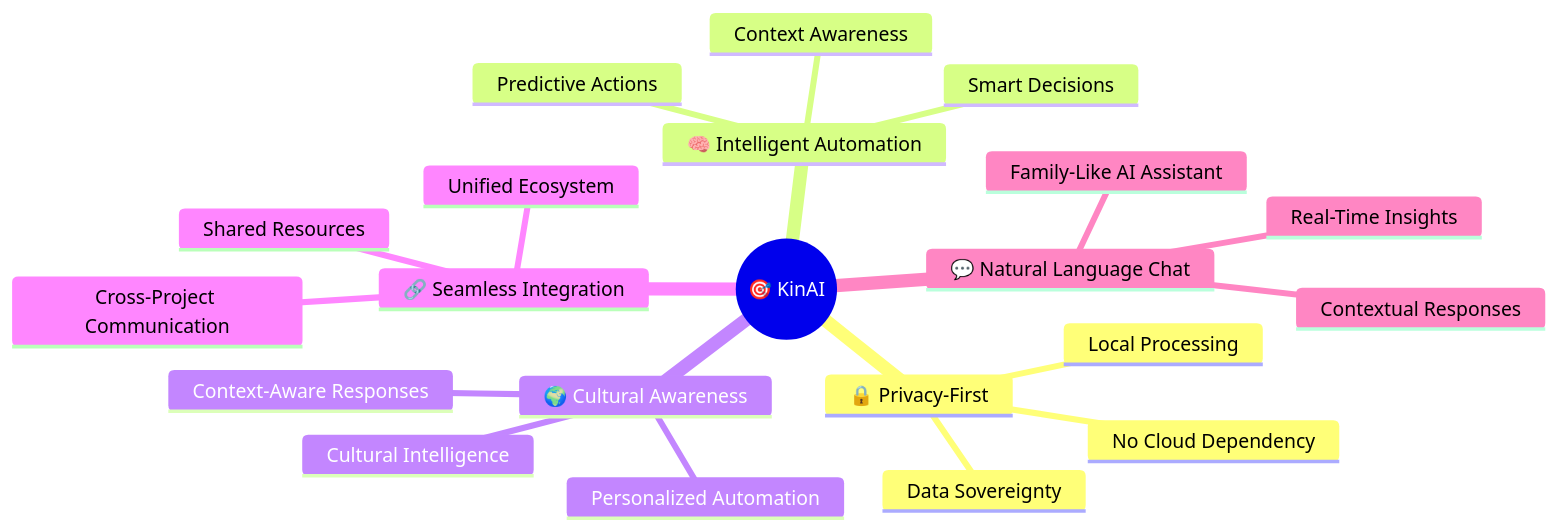
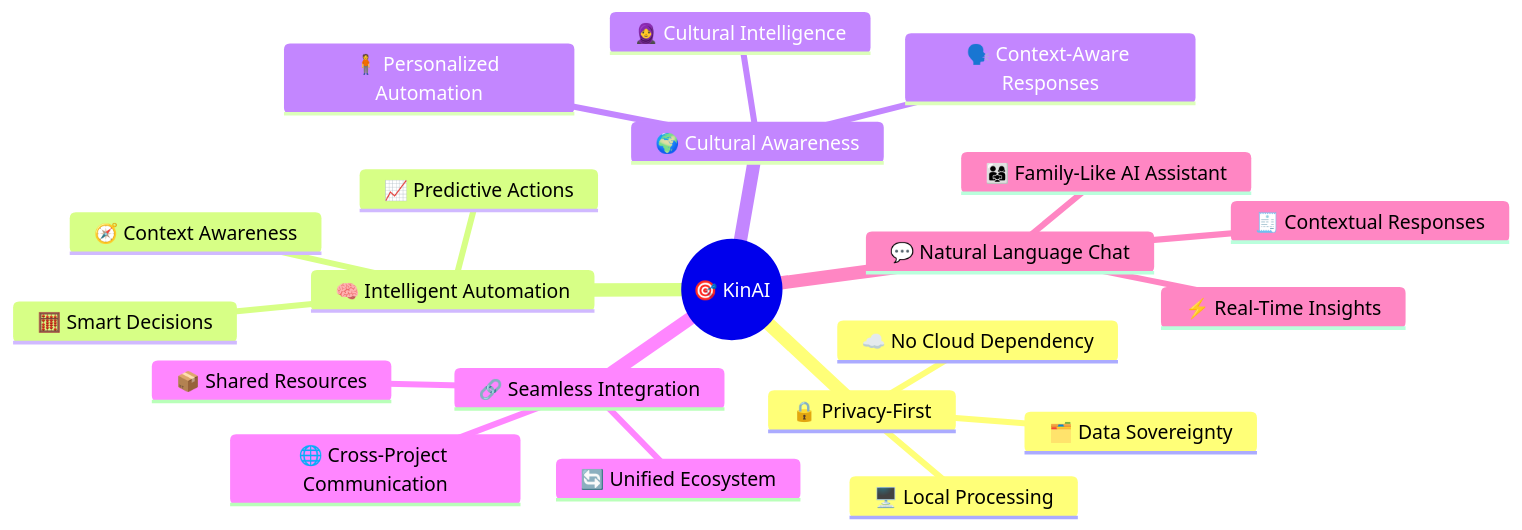
Before and after one commit to Logulokesh/KinAI-Ecosystem: the first of 7 diagrams in README.md, drawn with Mermaid. The commit also changed other lines of this file, not shown here.

````diff
--- a/README.md
+++ b/README.md
@@ -119,24 +119,24 @@
 ```mermaid
 mindmap
-  root((🎯 KinAI ))
+  root((🎯 KinAI))
     🔒 Privacy-First
-      Local Processing
-      No Cloud Dependency
-      Data Sovereignty
+      🖥️ Local Processing
+      ☁️ No Cloud Dependency
+      🗂️ Data Sovereignty
     🧠 Intelligent Automation
-      Smart Decisions
-      Context Awareness
-      Predictive Actions
+      🧮 Smart Decisions
+      🧭 Context Awareness
+      📈 Predictive Actions
     🌍 Cultural Awareness
-      Context-Aware Responses
-      Cultural Intelligence
-      Personalized Automation
+      🗣️ Context-Aware Responses
+      🧕 Cultural Intelligence
+      🧍 Personalized Automation
     🔗 Seamless Integration
-      Unified Ecosystem
-      Cross-Project Communication
-      Shared Resources
+      🔄 Unified Ecosystem
+      🌐 Cross-Project Communication
+      📦 Shared Resources
     💬 Natural Language Chat
-      Family-Like AI Assistant
-      Contextual Responses
-      Real-Time Insights
+      👨‍👩‍👧 Family-Like AI Assistant
+      🧾 Contextual Responses
+      ⚡ Real-Time Insights
 ```
````
